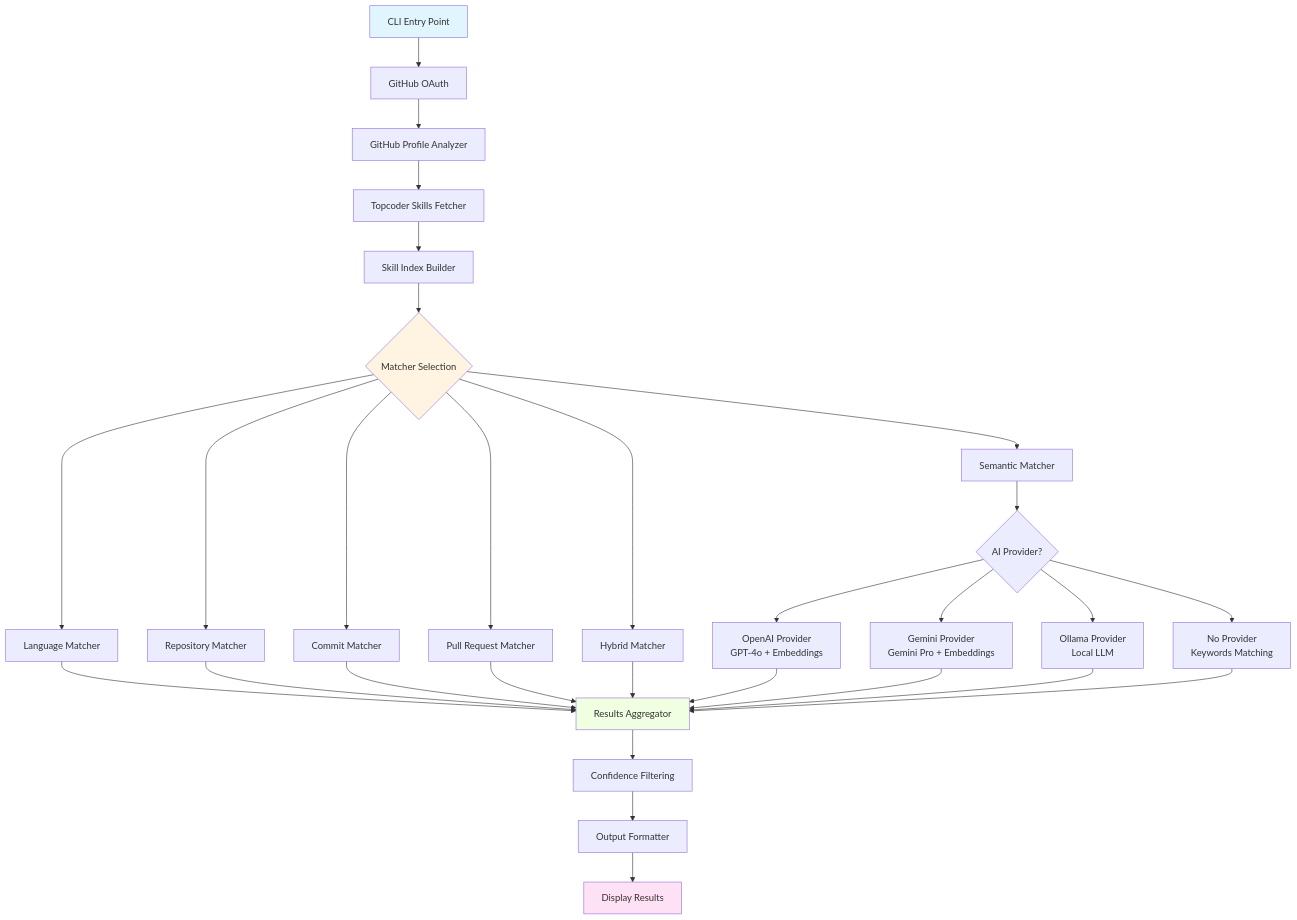
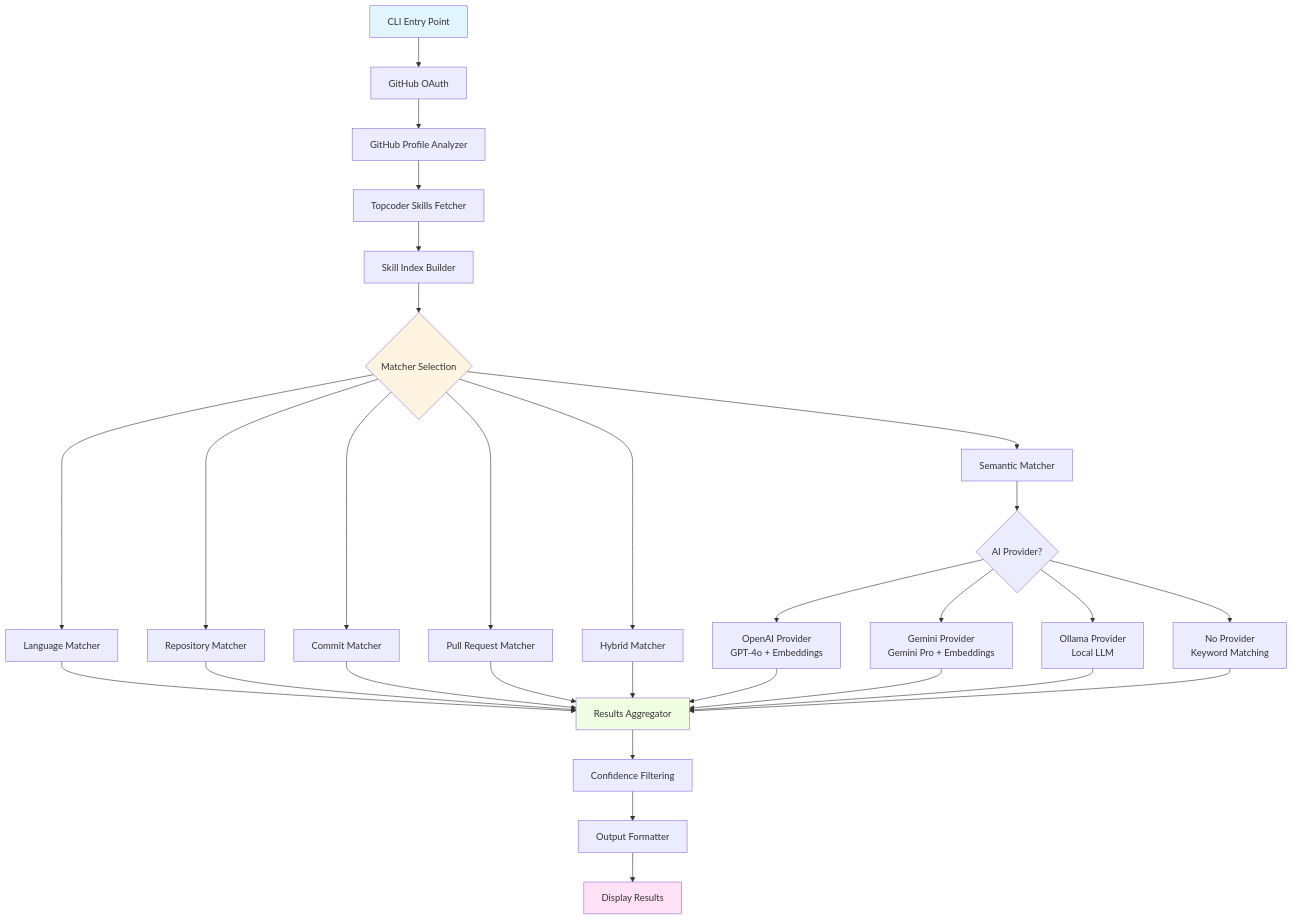
Before and after one commit to kondekarshubham123/Topcoder-Github-Skill-Import: the first of 18 diagrams in docs/ARCHITECTURE.md, drawn with Mermaid. The commit also changed other lines of this file and 1 other file, not shown here.

Commit message:
documentation update for Arch and design flow

````diff
--- a/docs/ARCHITECTURE.md
+++ b/docs/ARCHITECTURE.md
@@ -9,40 +9,40 @@
 ```mermaid
 graph TB
     A[CLI Entry Point] --> B[GitHub OAuth]
     B --> C[GitHub Profile Analyzer]
     C --> D[Topcoder Skills Fetcher]
     D --> E[Skill Index Builder]
     E --> F{Matcher Selection}
     
     F --> G1[Language Matcher]
     F --> G2[Repository Matcher]
     F --> G3[Commit Matcher]
     F --> G4[Pull Request Matcher]
     F --> G5[Hybrid Matcher]
     F --> G6[Semantic Matcher]
-
+    
     G6 --> AI{AI Provider?}
     AI --> AI1[OpenAI Provider<br/>GPT-4o + Embeddings]
     AI --> AI2[Gemini Provider<br/>Gemini Pro + Embeddings]
     AI --> AI3[Ollama Provider<br/>Local LLM]
-    AI --> AI4[No Provider<br/>Keywords Matching]    
-
+    AI --> AI4[No Provider<br/>Keyword Matching]
+    
     G1 --> H[Results Aggregator]
     G2 --> H
     G3 --> H
     G4 --> H
     G5 --> H
     AI1 --> H
     AI2 --> H
     AI3 --> H
     AI4 --> H
     
     H --> I[Confidence Filtering]
     I --> J[Output Formatter]
     J --> K[Display Results]
     
     style A fill:#e1f5ff
     style F fill:#fff4e1
     style H fill:#f0ffe1
     style K fill:#ffe1f5
 ```
````
